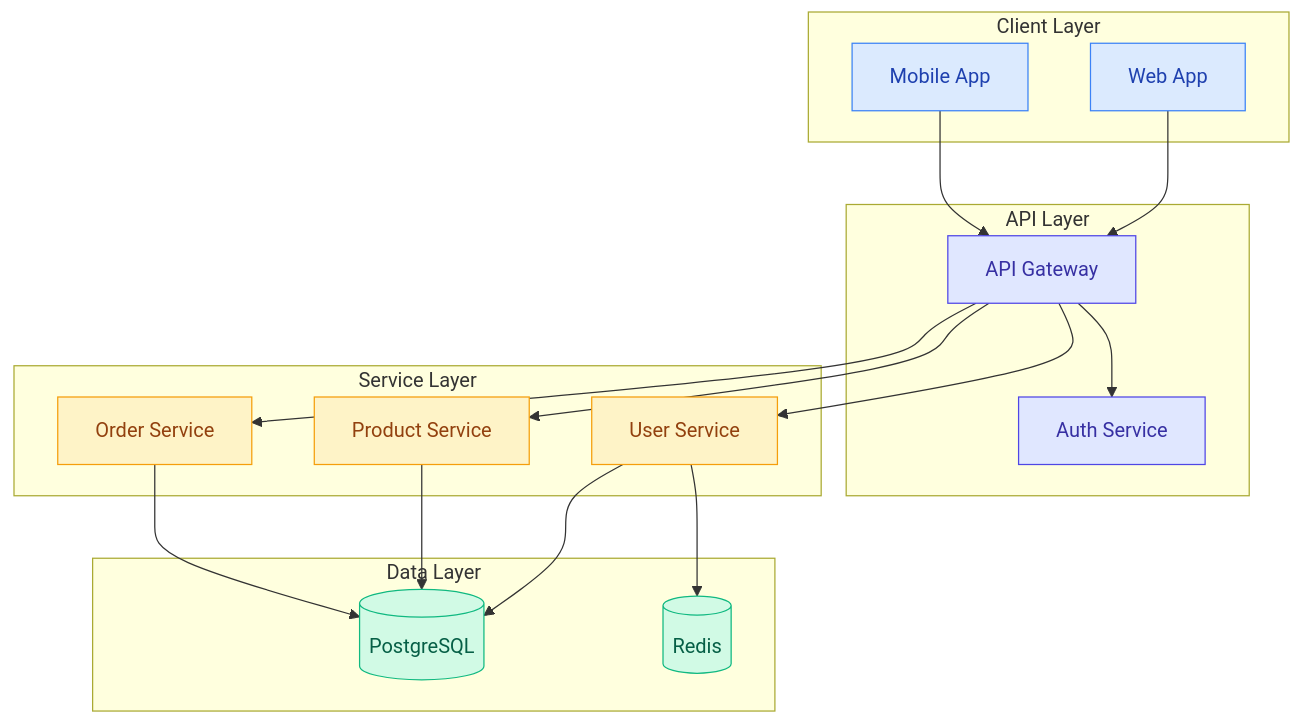
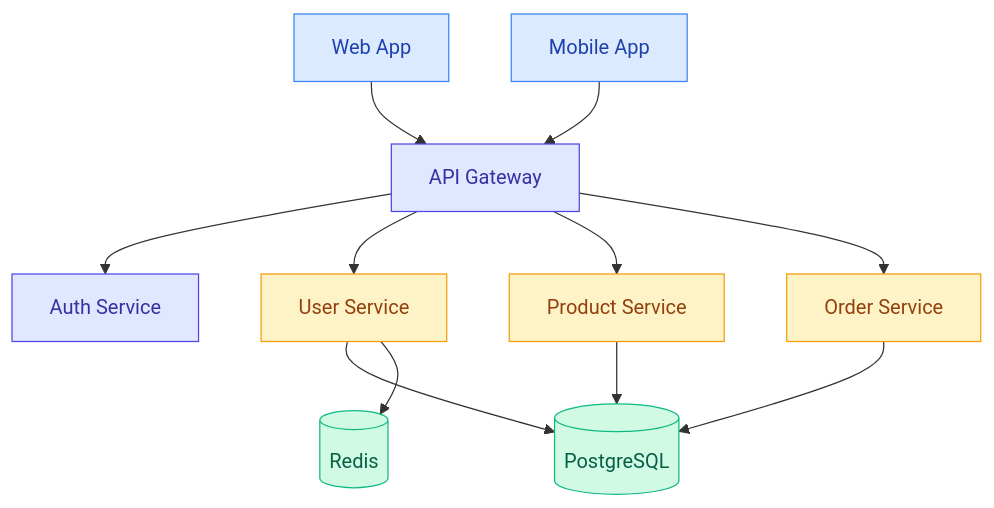
One commit to smileynet/ui-optimizer changed the fifth of 9 diagrams in docs/reference/diagram-comparison.md. Above: the diagram before and after it, drawn with Mermaid. The commit also changed other lines of this file, not shown here.

Commit message:
fix: separate node definitions from edges in Mermaid diagrams
Node definitions with :::class must be on separate lines from edge
definitions for the color property to apply correctly. Mixing them
on the same line causes text color to revert to default (white).

Also removed empty subgraphs which caused similar issues.

````diff
--- a/docs/reference/diagram-comparison.md
+++ b/docs/reference/diagram-comparison.md
@@ -148,39 +146,28 @@
 ```mermaid
 flowchart TB
     classDef client fill:#DBEAFE,stroke:#3B82F6,color:#1E40AF
     classDef api fill:#E0E7FF,stroke:#4F46E5,color:#3730A3
     classDef service fill:#FEF3C7,stroke:#F59E0B,color:#92400E
     classDef data fill:#D1FAE5,stroke:#10B981,color:#065F46
     
-    subgraph Client["Client Layer"]
-        Web[Web App]:::client
-        Mobile[Mobile App]:::client
-    end
-    
-    subgraph API["API Layer"]
-        Gateway[API Gateway]:::api
-        Auth[Auth Service]:::api
-    end
-    
-    subgraph Services["Service Layer"]
-        Users[User Service]:::service
-        Products[Product Service]:::service
-        Orders[Order Service]:::service
-    end
-    
-    subgraph Data["Data Layer"]
-        DB[(PostgreSQL)]:::data
-        Cache[(Redis)]:::data
-    end
+    Web[Web App]:::client
+    Mobile[Mobile App]:::client
+    Gateway[API Gateway]:::api
+    Auth[Auth Service]:::api
+    Users[User Service]:::service
+    Products[Product Service]:::service
+    Orders[Order Service]:::service
+    DB[(PostgreSQL)]:::data
+    Cache[(Redis)]:::data
     
     Web --> Gateway
     Mobile --> Gateway
     Gateway --> Auth
     Gateway --> Users
     Gateway --> Products
     Gateway --> Orders
     Users --> DB
     Products --> DB
     Orders --> DB
     Users --> Cache
 ```
````
